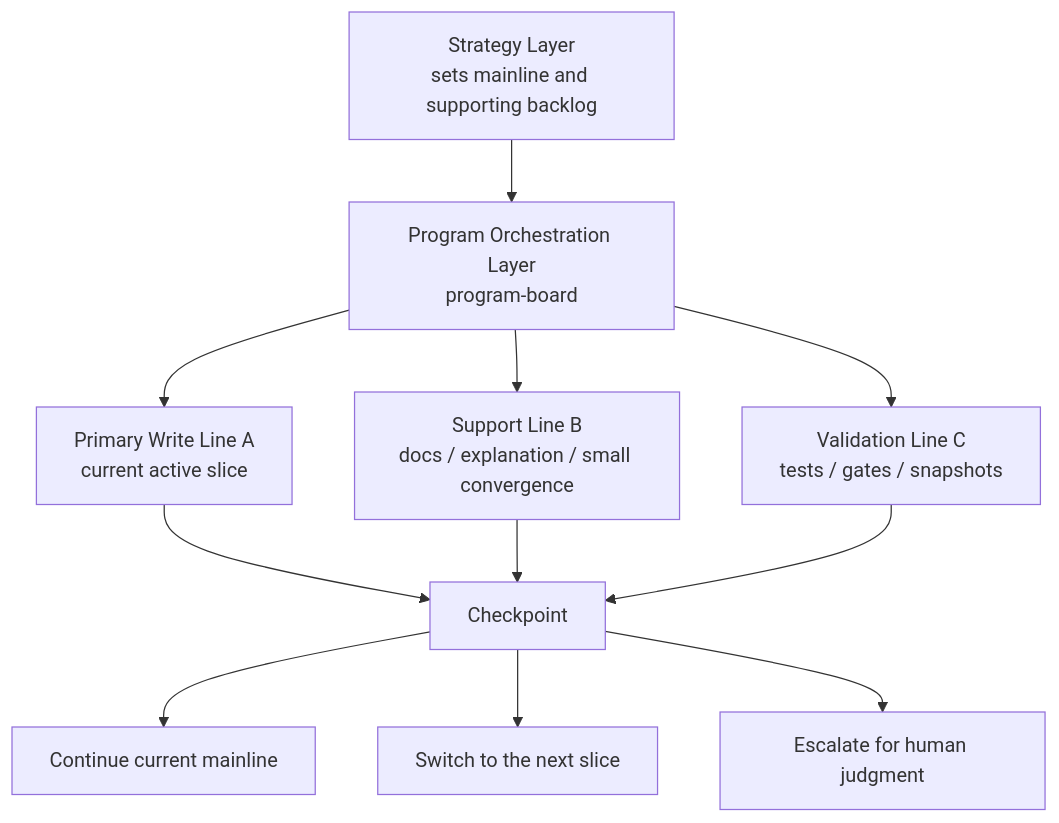
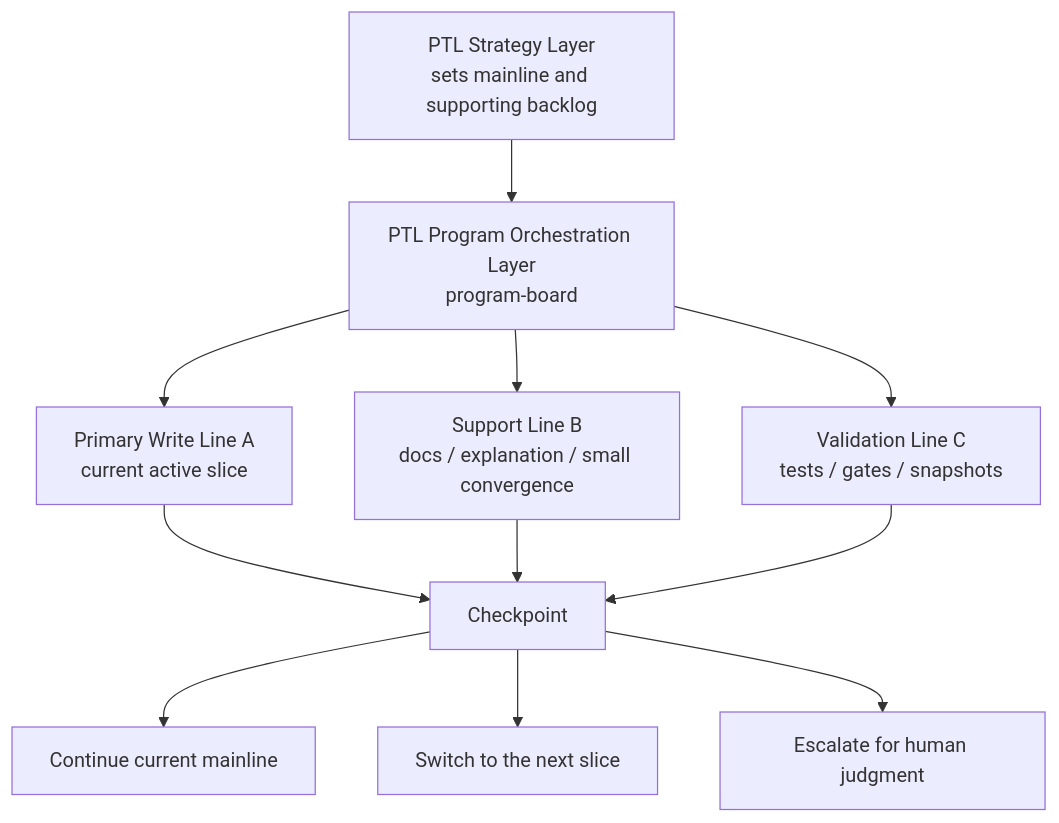
One commit to redcreen/project-assistant changed the first of 2 diagrams in docs/reference/project-assistant/orchestration-model.md. Above: the diagram before and after it, drawn with Mermaid. The commit also changed other lines of this file and 9 other files, not shown here.

````diff
--- a/docs/reference/project-assistant/orchestration-model.md
+++ b/docs/reference/project-assistant/orchestration-model.md
@@ -64,15 +64,15 @@
 ```mermaid
 flowchart TB
-    S["Strategy Layer\nsets mainline and supporting backlog"] --> P["Program Orchestration Layer\nprogram-board"]
+    S["PTL Strategy Layer\nsets mainline and supporting backlog"] --> P["PTL Program Orchestration Layer\nprogram-board"]
     P --> A["Primary Write Line A\ncurrent active slice"]
     P --> B["Support Line B\ndocs / explanation / small convergence"]
     P --> C["Validation Line C\ntests / gates / snapshots"]
 
     A --> CP["Checkpoint"]
     B --> CP
     C --> CP
 
     CP --> D["Continue current mainline"]
     CP --> E["Switch to the next slice"]
     CP --> F["Escalate for human judgment"]
 ```
````
